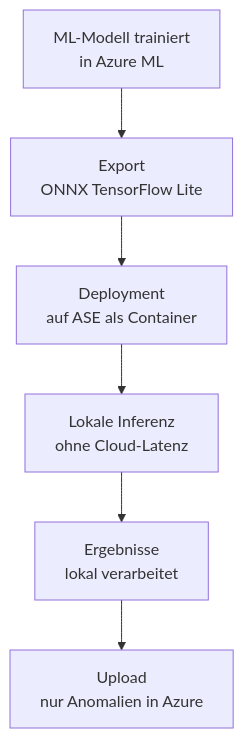
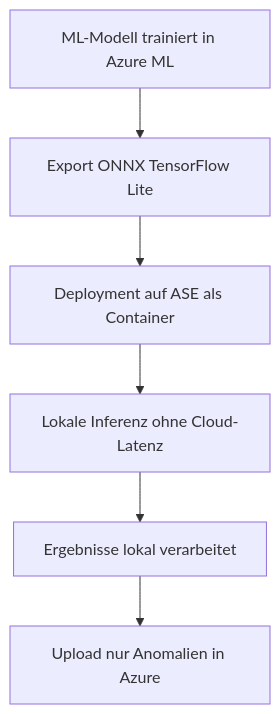
Diagram 12 of 12 in Microsoft 365/Azure/Arc/Azure Stack Edge.md (SoniiiT/notes-n-docs), drawn with Mermaid before and after one commit. The commit also changed other lines of this file and 124 other files, not shown here.

First line of the commit message:
fix: Entferne \n aus allen Mermaid-Diagrammen (125 Dateien)

````diff
--- a/Microsoft 365/Azure/Arc/Azure Stack Edge.md
+++ b/Microsoft 365/Azure/Arc/Azure Stack Edge.md
@@ -394,15 +394,15 @@
 ```mermaid
 graph TD
-    MODEL[ML-Modell trainiert\nin Azure ML]
-    EXPORT[Export\nONNX TensorFlow Lite]
-    DEPLOY[Deployment\nauf ASE als Container]
-    INFERENCE[Lokale Inferenz\nohne Cloud-Latenz]
-    RESULTS[Ergebnisse\nlokal verarbeitet]
-    UPLOAD[Upload\nnur Anomalien in Azure]
+    MODEL[ML-Modell trainiert in Azure ML]
+    EXPORT[Export ONNX TensorFlow Lite]
+    DEPLOY[Deployment auf ASE als Container]
+    INFERENCE[Lokale Inferenz ohne Cloud-Latenz]
+    RESULTS[Ergebnisse lokal verarbeitet]
+    UPLOAD[Upload nur Anomalien in Azure]
 
     MODEL --> EXPORT
     EXPORT --> DEPLOY
     DEPLOY --> INFERENCE
     INFERENCE --> RESULTS
     RESULTS --> UPLOAD
 ```
````
